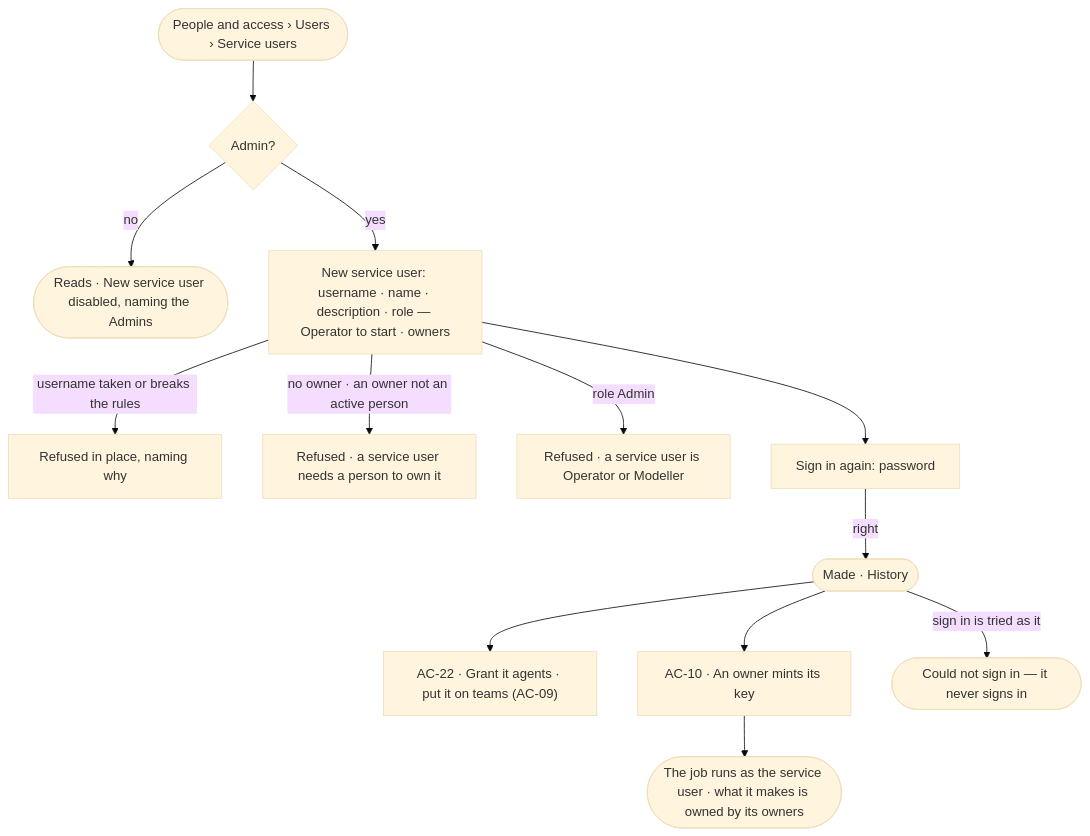
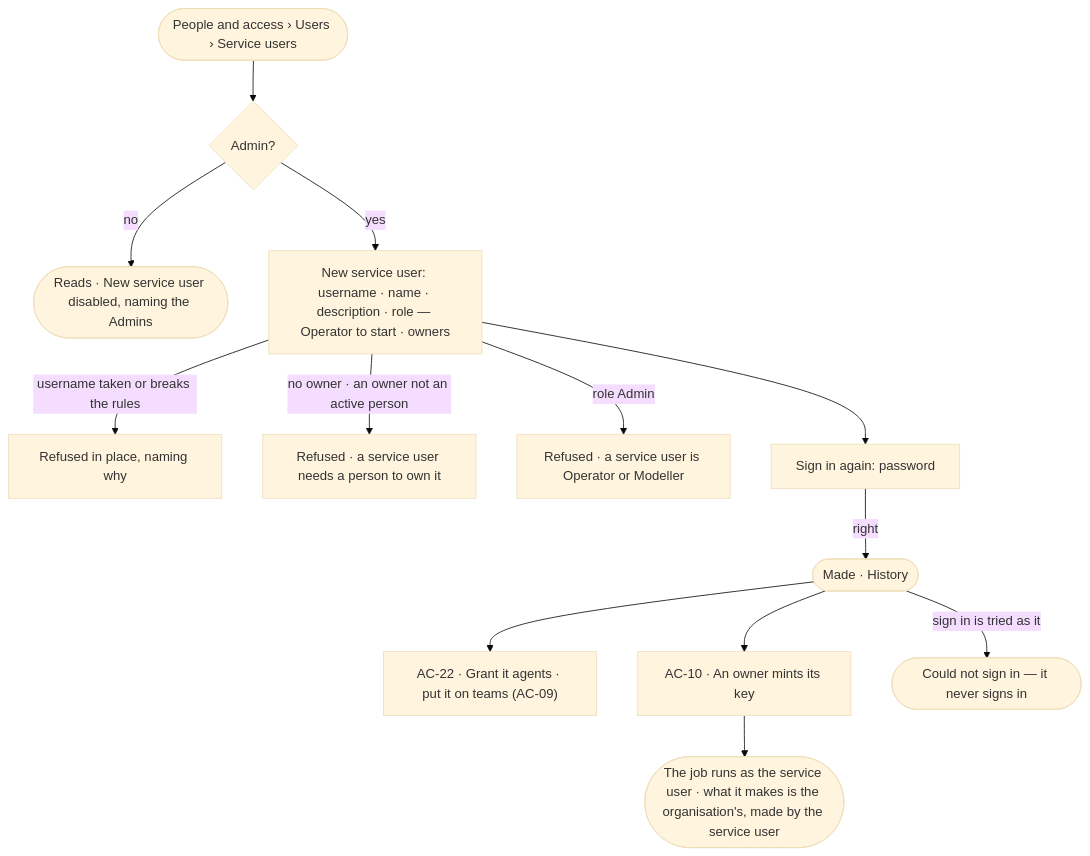
Before and after one commit to invana/invana: the diagram in specs/os/access/features/AC-F03-directory/stories/AC-33-make-a-service-user-for-automation/story.md, drawn with Mermaid (base theme). The commit also changed other lines of this file and 300 other files, not shown here.

````diff
--- a/specs/os/access/features/AC-F03-directory/stories/AC-33-make-a-service-user-for-automation/story.md
+++ b/specs/os/access/features/AC-F03-directory/stories/AC-33-make-a-service-user-for-automation/story.md
@@ -26,15 +26,15 @@
 ```mermaid
 flowchart TD
   u([People and access › Users › Service users]) --> who{"Admin?"}
   who -->|no| ro(["Reads · New service user disabled, naming the Admins"])
   who -->|yes| n["New service user: username · name · description · role — Operator to start · owners"]
   n -->|username taken or breaks the rules| r1["Refused in place, naming why"]
   n -->|no owner · an owner not an active person| r2["Refused · a service user needs a person to own it"]
   n -->|role Admin| r3["Refused · a service user is Operator or Modeller"]
   n --> pw["Sign in again: password"]
   pw -->|right| made(["Made · History"])
   made --> grant["AC-22 · Grant it agents · put it on teams (AC-09)"]
   made --> key["AC-10 · An owner mints its key"]
-  key --> run(["The job runs as the service user · what it makes is owned by its owners"])
+  key --> run(["The job runs as the service user · what it makes is the organisation's, made by the service user"])
   made -->|sign in is tried as it| no(["Could not sign in — it never signs in"])
 ```
````
